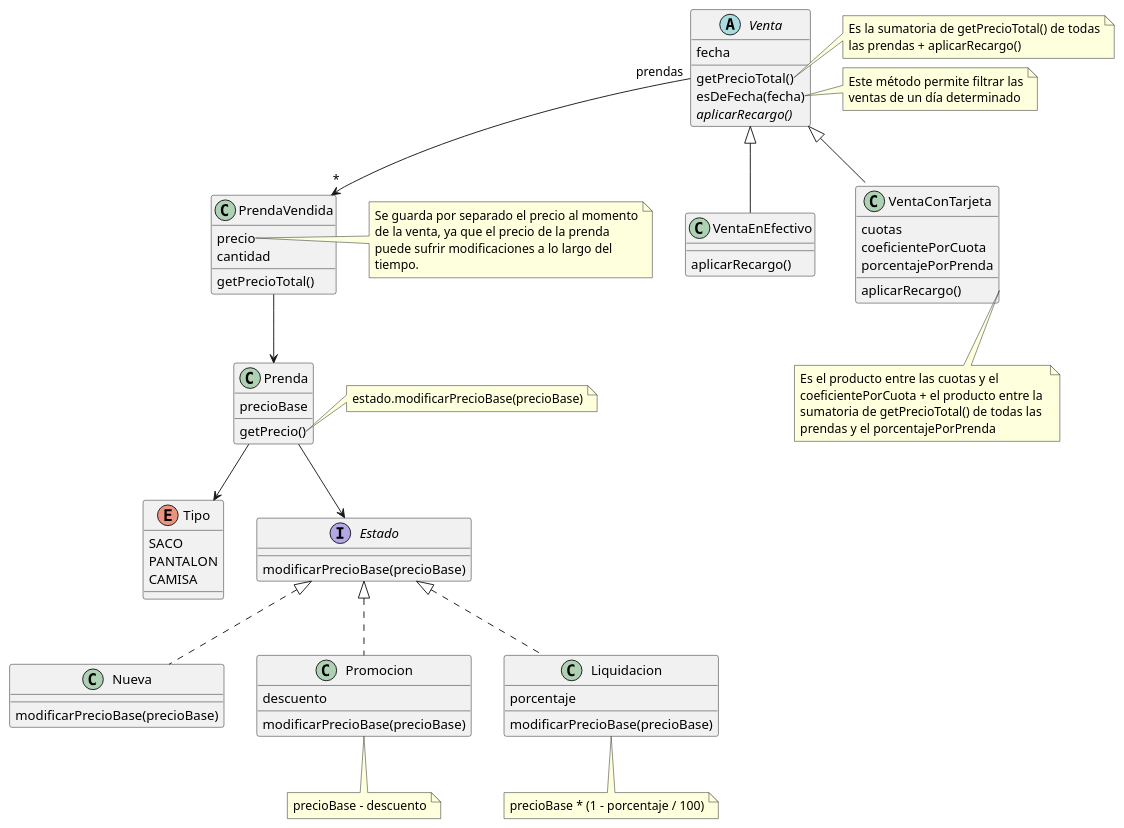
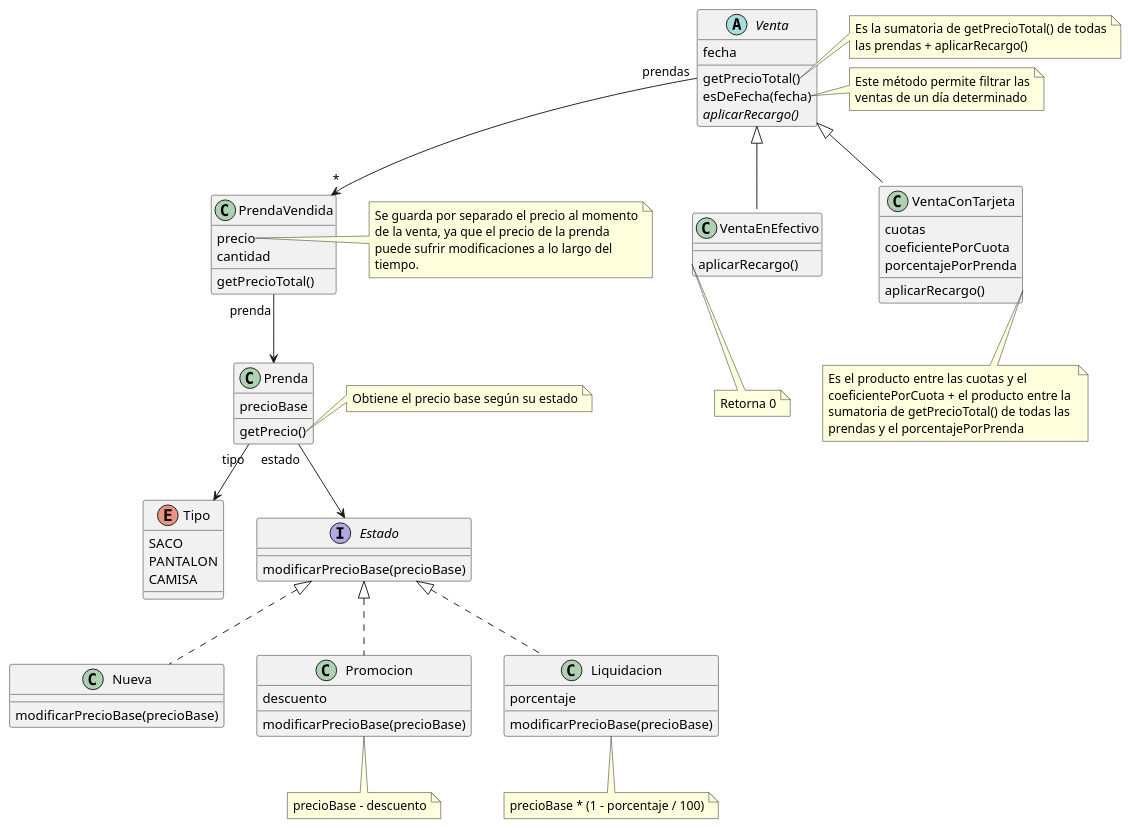
The diagram in docs/diagram.puml (RaniAgus/dds-jv-2022-macowins), drawn with PlantUML before and after one commit.

```diff
--- a/docs/diagram.puml
+++ b/docs/diagram.puml
@@ -1,104 +1,110 @@
 @startuml
 abstract class Venta {
   fecha
   getPrecioTotal()
   esDeFecha(fecha)
   {abstract} aplicarRecargo()
 }
 
 Venta "prendas" --> "*" PrendaVendida
 
 note right of Venta::getPrecioTotal
   Es la sumatoria de getPrecioTotal() de todas
   las prendas + aplicarRecargo()
 end note
 
 note right of Venta::esDeFecha
   Este método permite filtrar las
   ventas de un día determinado
 end note
 
 class VentaEnEfectivo extends Venta {
   aplicarRecargo()
 }
 
+note as RecargoEfectivo
+  Retorna 0
+end note
+
+VentaEnEfectivo::aplicarRecargo .. RecargoEfectivo
+
 class VentaConTarjeta extends Venta {
   cuotas
   coeficientePorCuota
   porcentajePorPrenda
   aplicarRecargo()
 }
 
 note as RecargoTarjeta
   Es el producto entre las cuotas y el 
   coeficientePorCuota + el producto entre la 
   sumatoria de getPrecioTotal() de todas las
   prendas y el porcentajePorPrenda
 end note
 
 VentaConTarjeta::aplicarRecargo .. RecargoTarjeta
 
 class PrendaVendida {
   precio
   cantidad
   getPrecioTotal()
 }
 
-PrendaVendida --> Prenda
+PrendaVendida "prenda" --> Prenda
 
 note right of PrendaVendida::precio
   Se guarda por separado el precio al momento
   de la venta, ya que el precio de la prenda
   puede sufrir modificaciones a lo largo del
   tiempo.
 end note
 
 class Prenda {
   precioBase
   getPrecio()
 }
 
-Prenda --> Tipo
-Prenda --> Estado
+Prenda "tipo" --> Tipo
+Prenda "estado" --> Estado
 
 note right of Prenda::getPrecio
-estado.modificarPrecioBase(precioBase)
+Obtiene el precio base según su estado
 end note
 
 enum Tipo {
   SACO
   PANTALON
   CAMISA
 }
 
 interface Estado {
   modificarPrecioBase(precioBase)
 }
 
 class Nueva implements Estado {
   modificarPrecioBase(precioBase)
 }
 
 class Promocion implements Estado {
   descuento
   modificarPrecioBase(precioBase)
 }
 
 note as PromocionCalculo
 precioBase - descuento
 end note
 
 Promocion .. PromocionCalculo
 
 class Liquidacion implements Estado {
   porcentaje
   modificarPrecioBase(precioBase)
 }
 
 note as LiquidacionCalculo
 precioBase * (1 - porcentaje / 100)
 end note
 
 Liquidacion .. LiquidacionCalculo
 
 @enduml
```
